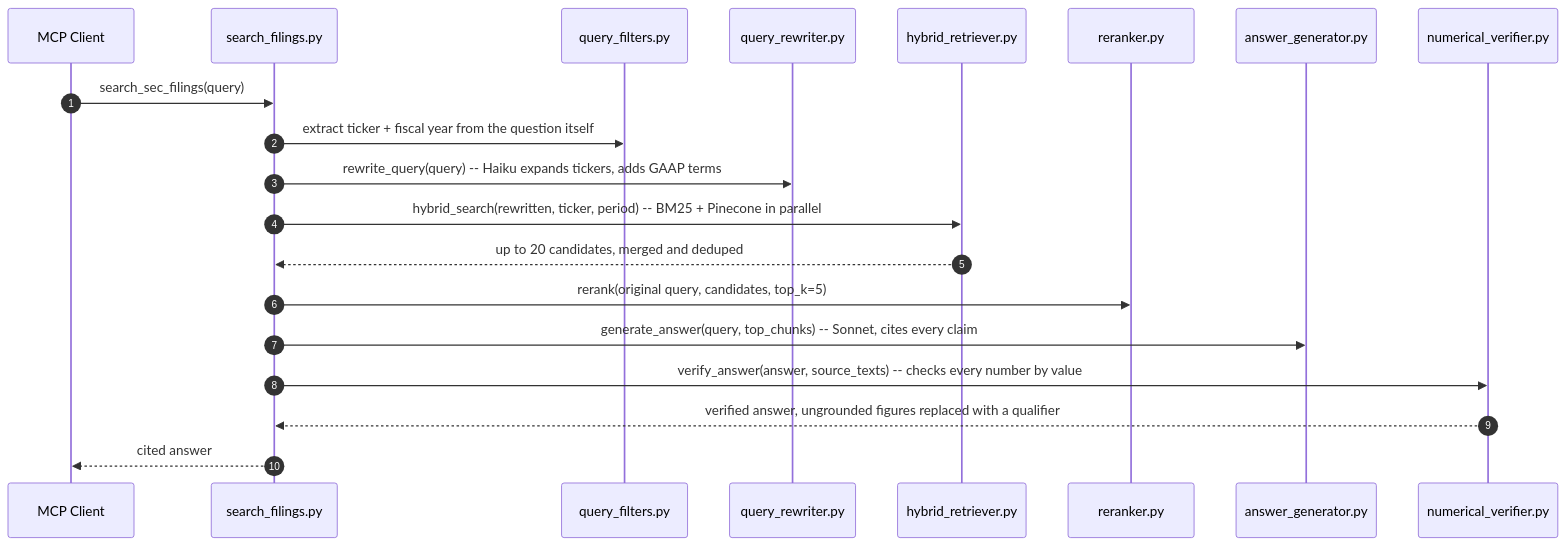
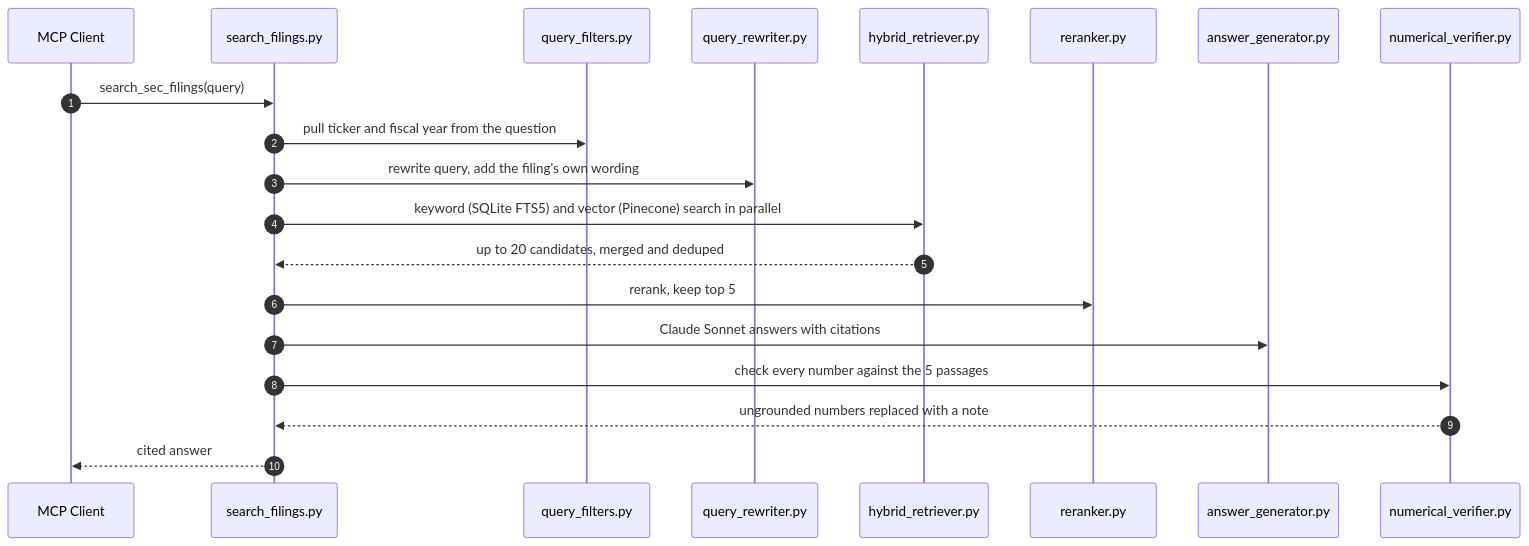
One commit to karthikreddyyalala/FinRAG changed the diagram in README.md. Above: the diagram before and after it, drawn with Mermaid. The commit also changed other lines of this file, not shown here.

````diff
--- a/README.md
+++ b/README.md
@@ -15,23 +11,23 @@
 ```mermaid
 sequenceDiagram
     autonumber
     participant U as MCP Client
     participant S as search_filings.py
     participant QF as query_filters.py
     participant QR as query_rewriter.py
     participant HR as hybrid_retriever.py
     participant RR as reranker.py
     participant AG as answer_generator.py
     participant NV as numerical_verifier.py
 
     U->>S: search_sec_filings(query)
-    S->>QF: extract ticker + fiscal year from the question itself
-    S->>QR: rewrite_query(query) -- Haiku expands tickers, adds GAAP terms
-    S->>HR: hybrid_search(rewritten, ticker, period) -- BM25 + Pinecone in parallel
+    S->>QF: pull ticker and fiscal year from the question
+    S->>QR: rewrite query, add the filing's own wording
+    S->>HR: keyword (SQLite FTS5) and vector (Pinecone) search in parallel
     HR-->>S: up to 20 candidates, merged and deduped
-    S->>RR: rerank(original query, candidates, top_k=5)
-    S->>AG: generate_answer(query, top_chunks) -- Sonnet, cites every claim
-    S->>NV: verify_answer(answer, source_texts) -- checks every number by value
-    NV-->>S: verified answer, ungrounded figures replaced with a qualifier
+    S->>RR: rerank, keep top 5
+    S->>AG: Claude Sonnet answers with citations
+    S->>NV: check every number against the 5 passages
+    NV-->>S: ungrounded numbers replaced with a note
     S-->>U: cited answer
 ```
````
